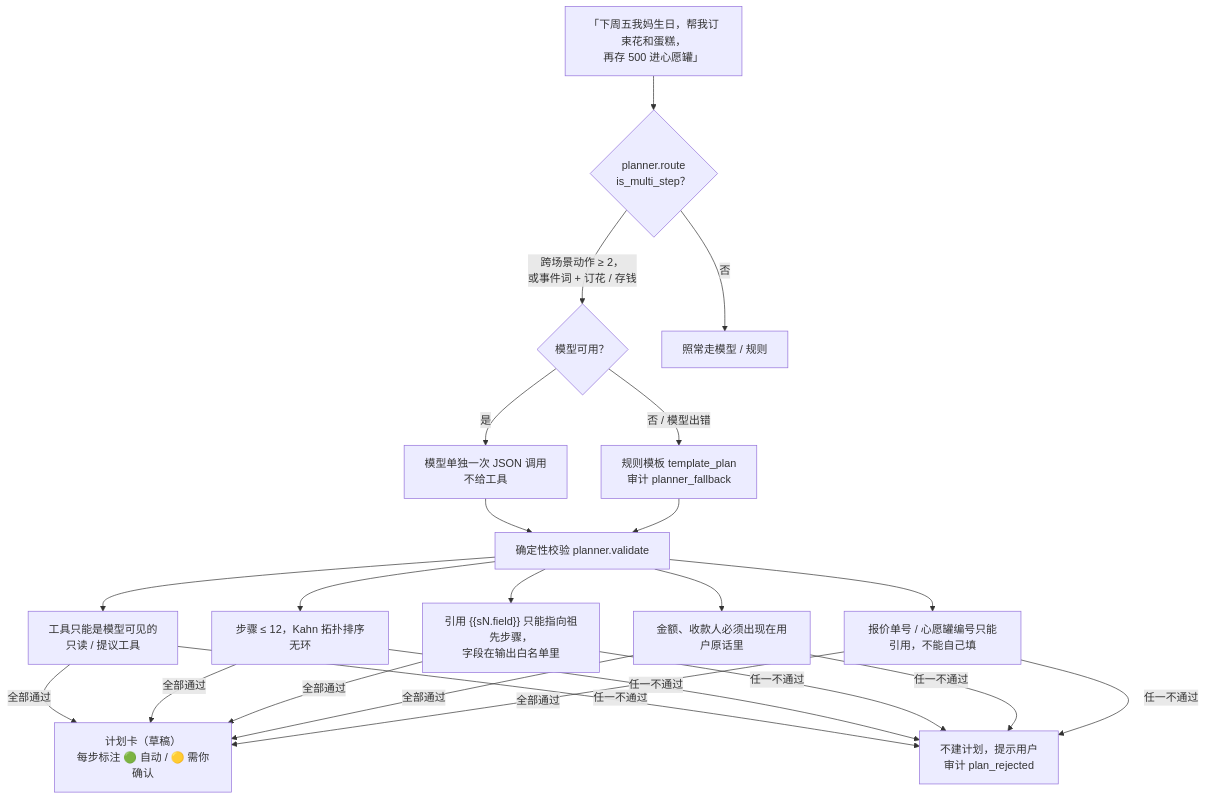
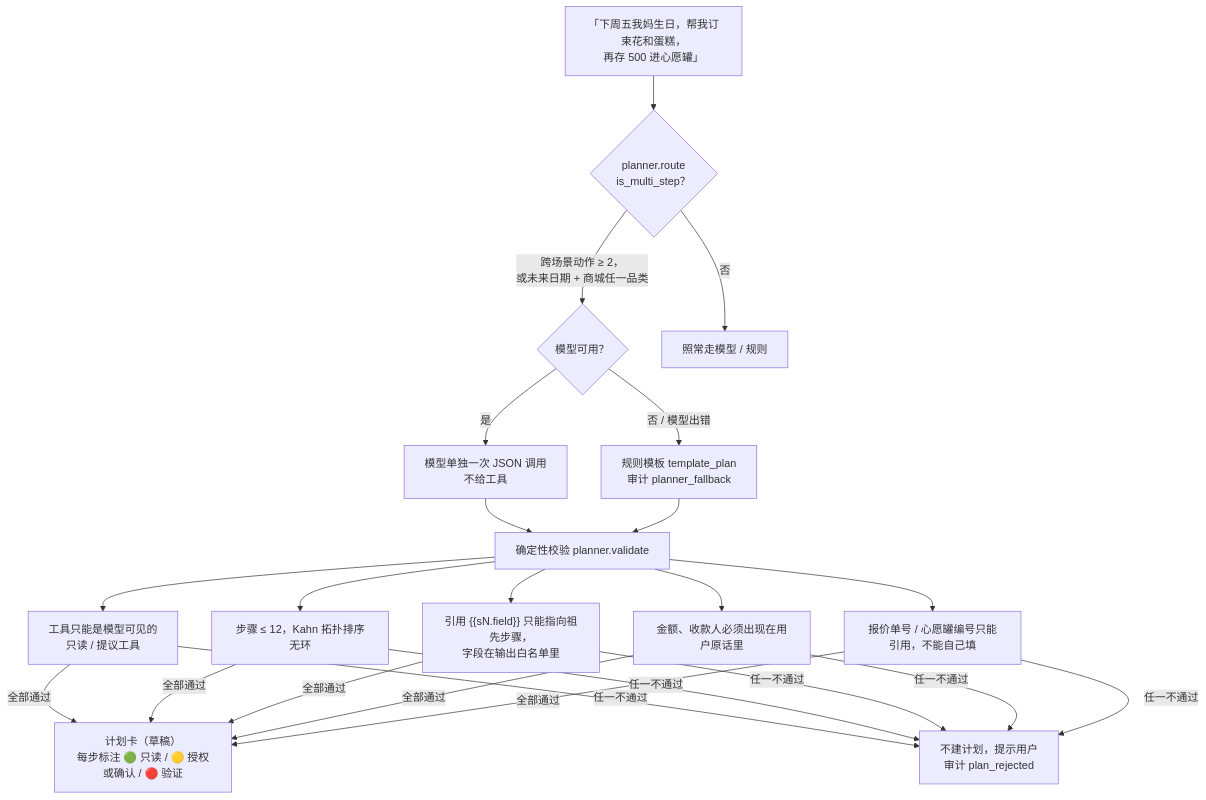
Before and after one commit to SuperWheel/saydo-agent: the seventh of 10 diagrams in docs/07-架构图.md, drawn with Mermaid. The commit also changed other lines of this file and 9 other files, not shown here.

````diff
--- a/docs/07-架构图.md
+++ b/docs/07-架构图.md
@@ -272,18 +272,18 @@
 ```mermaid
 flowchart TD
     U[「下周五我妈生日，帮我订束花和蛋糕，<br/>再存 500 进心愿罐」] --> R{planner.route<br/>is_multi_step？}
-    R -->|跨场景动作 ≥ 2，<br/>或事件词 + 订花 / 存钱| GEN
+    R -->|跨场景动作 ≥ 2，<br/>或未来日期 + 商城任一品类| GEN
     R -->|否| NORMAL[照常走模型 / 规则]
     GEN{模型可用？}
     GEN -->|是| LP[模型单独一次 JSON 调用<br/>不给工具]
     GEN -->|否 / 模型出错| TP[规则模板 template_plan<br/>审计 planner_fallback]
     LP --> V
     TP --> V
     V[确定性校验 planner.validate] --> V1[工具只能是模型可见的<br/>只读 / 提议工具]
     V --> V2[步骤 ≤ 12，Kahn 拓扑排序无环]
     V --> V3["引用 {{sN.field}} 只能指向祖先步骤，<br/>字段在输出白名单里"]
     V --> V4[金额、收款人必须出现在用户原话里]
     V --> V5[报价单号 / 心愿罐编号只能引用，不能自己填]
-    V1 & V2 & V3 & V4 & V5 -->|全部通过| CARD[计划卡（草稿）<br/>每步标注 🟢 自动 / 🟡 需你确认]
+    V1 & V2 & V3 & V4 & V5 -->|全部通过| CARD[计划卡（草稿）<br/>每步标注 🟢 只读 / 🟡 授权或确认 / 🔴 验证]
     V1 & V2 & V3 & V4 & V5 -->|任一不通过| REJ[不建计划，提示用户<br/>审计 plan_rejected]
 ```
````
